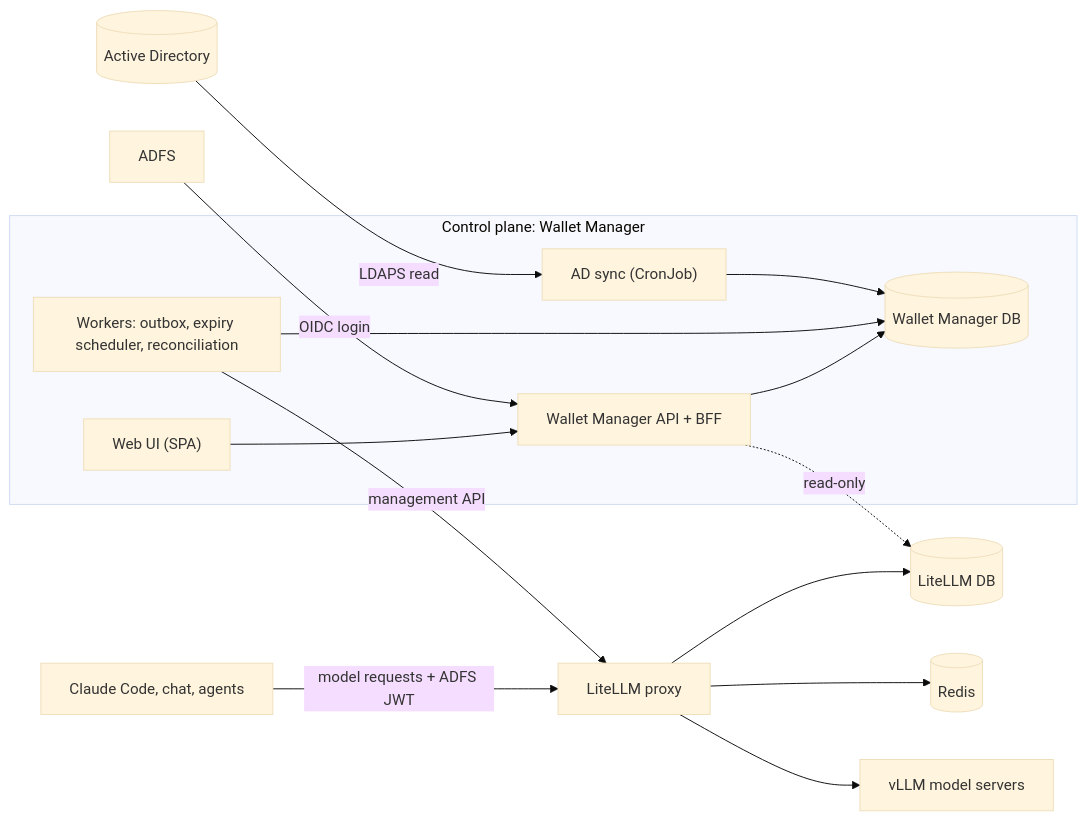
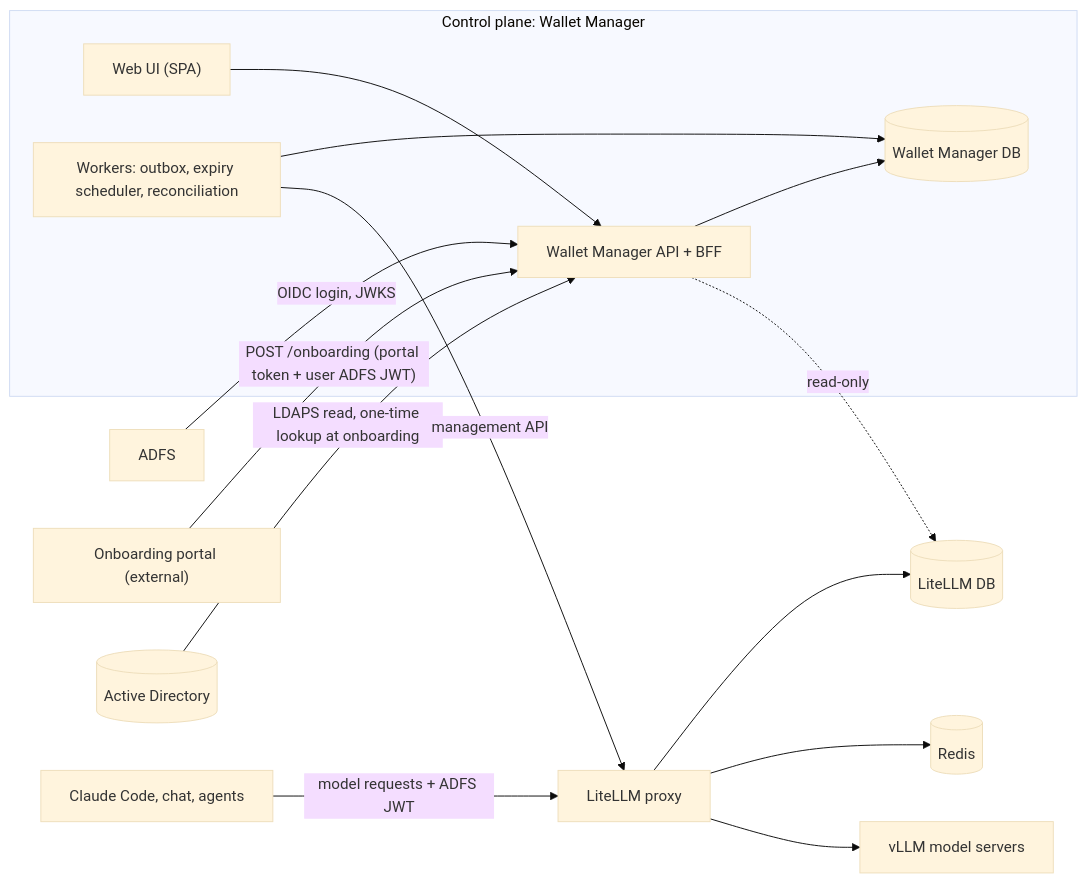
The diagram in SPEC.md (maorhone/wallet-manager), drawn with Mermaid (base theme) before and after one commit. The commit also changed other lines of this file and 6 other files, not shown here.

Commit message:
docs: Phase 1b spec + plan (owner decision 20/10/2026: no AD sync, onboarding API, manual member actions)

````diff
--- a/SPEC.md
+++ b/SPEC.md
@@ -132,17 +139,17 @@
 ```mermaid
 flowchart LR
   subgraph CP["Control plane: Wallet Manager"]
     UI["Web UI (SPA)"] --> API["Wallet Manager API + BFF"]
     API --> WMDB[("Wallet Manager DB")]
     WK["Workers: outbox, expiry scheduler, reconciliation"] --> WMDB
-    SYNC["AD sync (CronJob)"] --> WMDB
   end
-  ADFS["ADFS"] -- "OIDC login" --> API
-  AD[("Active Directory")] -- "LDAPS read" --> SYNC
+  ADFS["ADFS"] -- "OIDC login, JWKS" --> API
+  OP["Onboarding portal (external)"] -- "POST /onboarding (portal token + user ADFS JWT)" --> API
+  AD[("Active Directory")] -- "LDAPS read, one-time lookup at onboarding" --> API
   WK -- "management API" --> LL["LiteLLM proxy"]
   LL --> LLDB[("LiteLLM DB")]
   LL --> RD[("Redis")]
   API -. "read-only" .-> LLDB
   CL["Claude Code, chat, agents"] -- "model requests + ADFS JWT" --> LL
   LL --> VL["vLLM model servers"]
 ```
````
